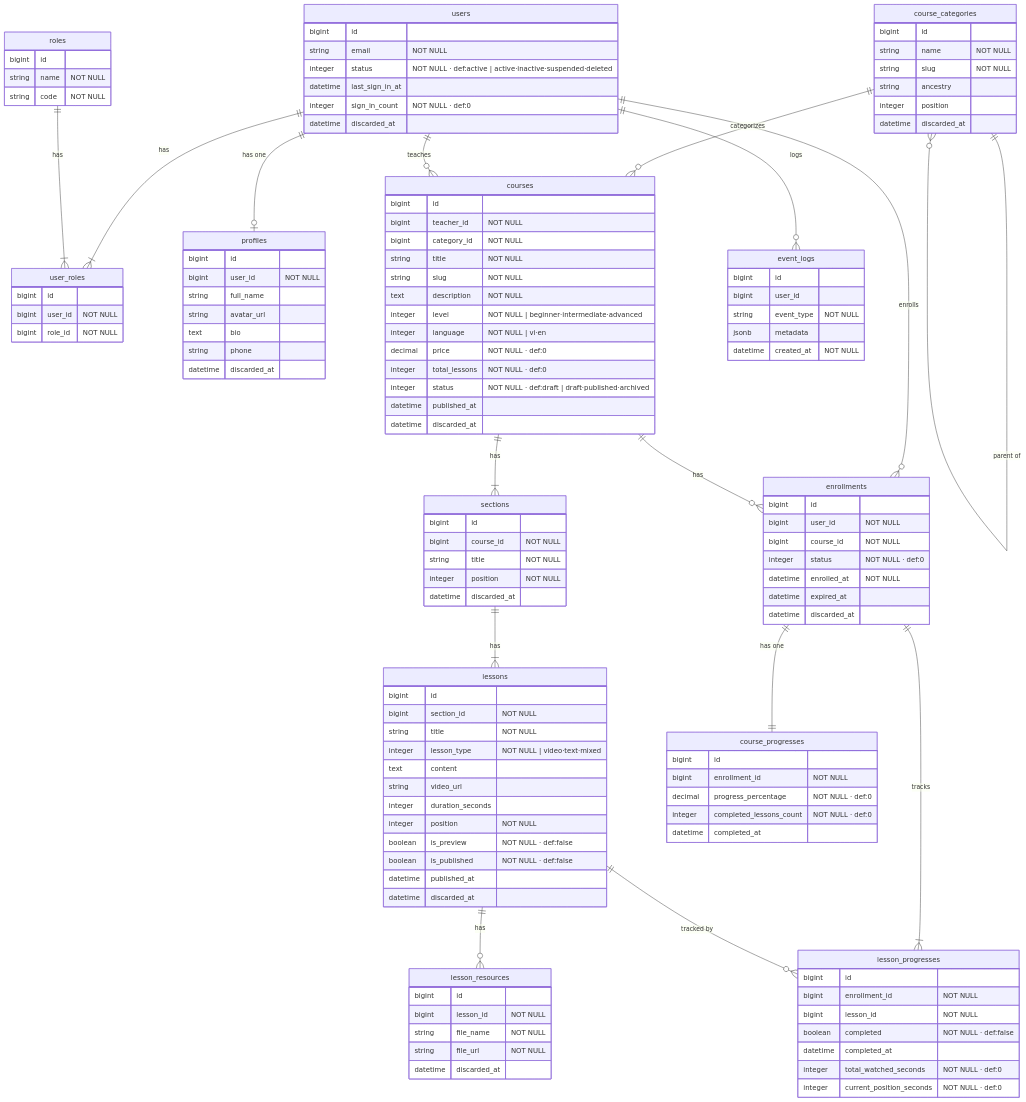
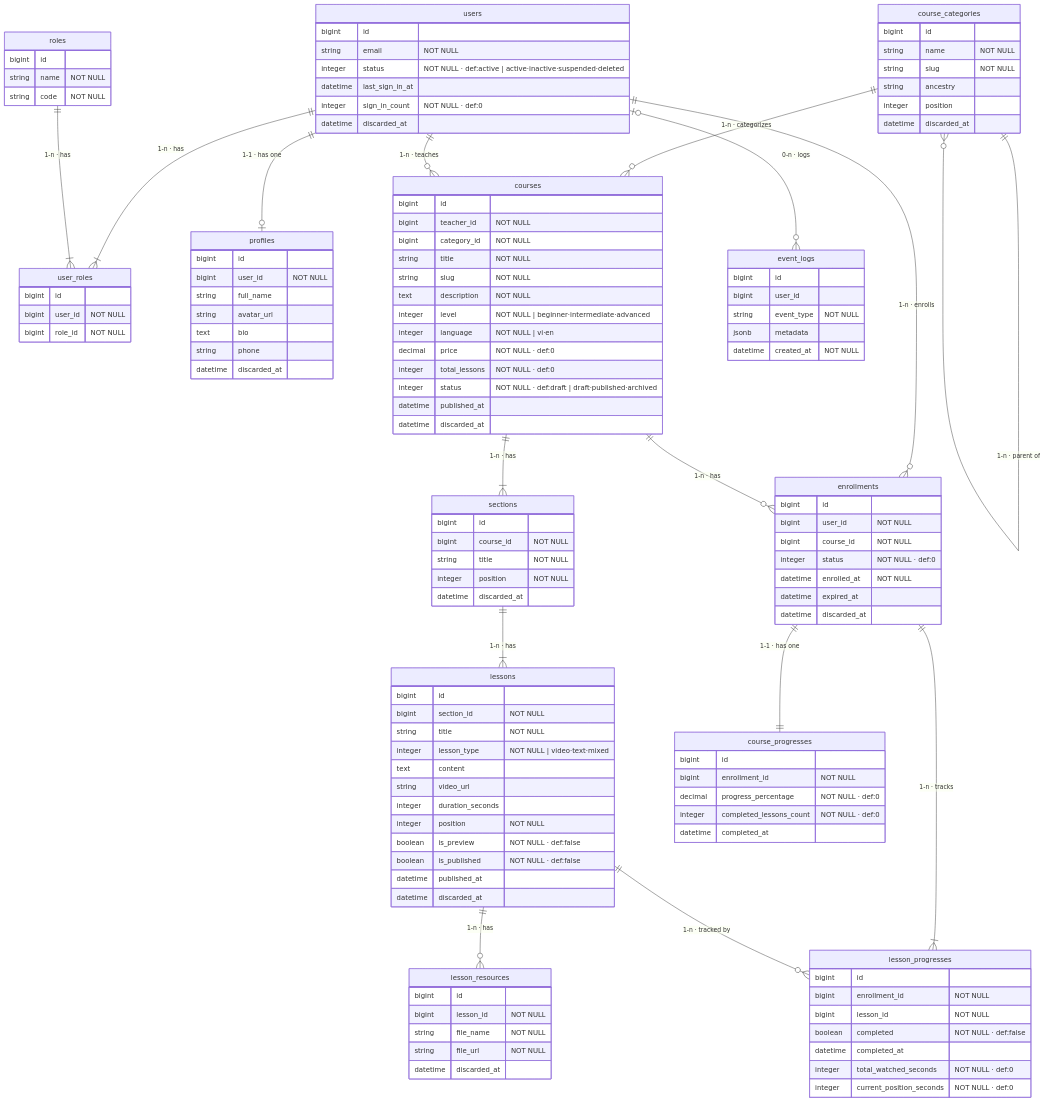
The diagram in specs/erd-diagram-phase1.md (nxhung2304/elearning), drawn with Mermaid before and after one commit. The commit also changed 13 other files, not shown here.

````diff
--- a/specs/erd-diagram-phase1.md
+++ b/specs/erd-diagram-phase1.md
@@ -135,19 +135,19 @@
         datetime created_at "NOT NULL"
     }
 
-    users ||--|{ user_roles : "has"
-    roles ||--|{ user_roles : "has"
-    users ||--o| profiles : "has one"
-    course_categories ||--o{ course_categories : "parent of"
-    course_categories ||--o{ courses : "categorizes"
-    users ||--o{ courses : "teaches"
-    courses ||--|{ sections : "has"
-    sections ||--|{ lessons : "has"
-    lessons ||--o{ lesson_resources : "has"
-    users ||--o{ enrollments : "enrolls"
-    courses ||--o{ enrollments : "has"
-    enrollments ||--|{ lesson_progresses : "tracks"
-    lessons ||--o{ lesson_progresses : "tracked by"
-    enrollments ||--|| course_progresses : "has one"
-    users ||--o{ event_logs : "logs"
+    users ||--|{ user_roles : "1-n · has"
+    roles ||--|{ user_roles : "1-n · has"
+    users ||--o| profiles : "1-1 · has one"
+    course_categories ||--o{ course_categories : "1-n · parent of"
+    course_categories ||--o{ courses : "1-n · categorizes"
+    users ||--o{ courses : "1-n · teaches"
+    courses ||--|{ sections : "1-n · has"
+    sections ||--|{ lessons : "1-n · has"
+    lessons ||--o{ lesson_resources : "1-n · has"
+    users ||--o{ enrollments : "1-n · enrolls"
+    courses ||--o{ enrollments : "1-n · has"
+    enrollments ||--|{ lesson_progresses : "1-n · tracks"
+    lessons ||--o{ lesson_progresses : "1-n · tracked by"
+    enrollments ||--|| course_progresses : "1-1 · has one"
+    users o|--o{ event_logs : "0-n · logs"
 ```
````
